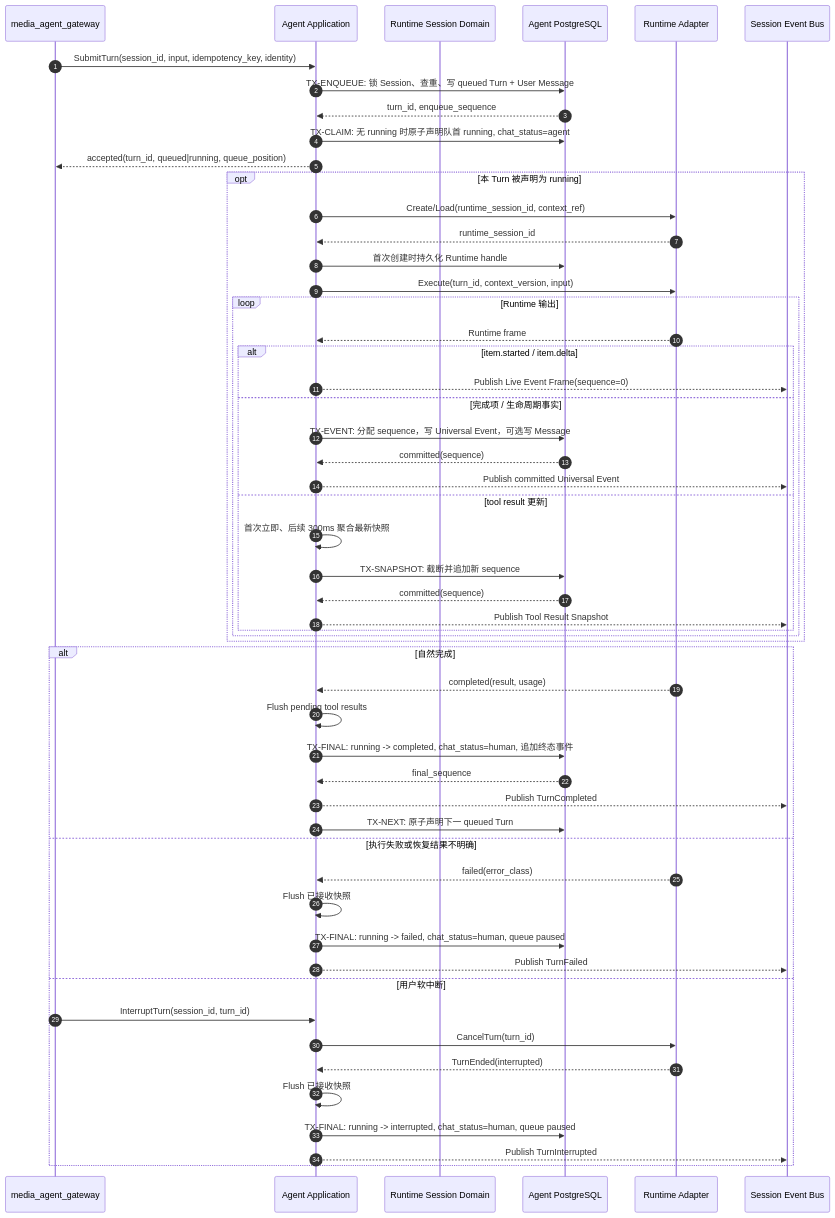
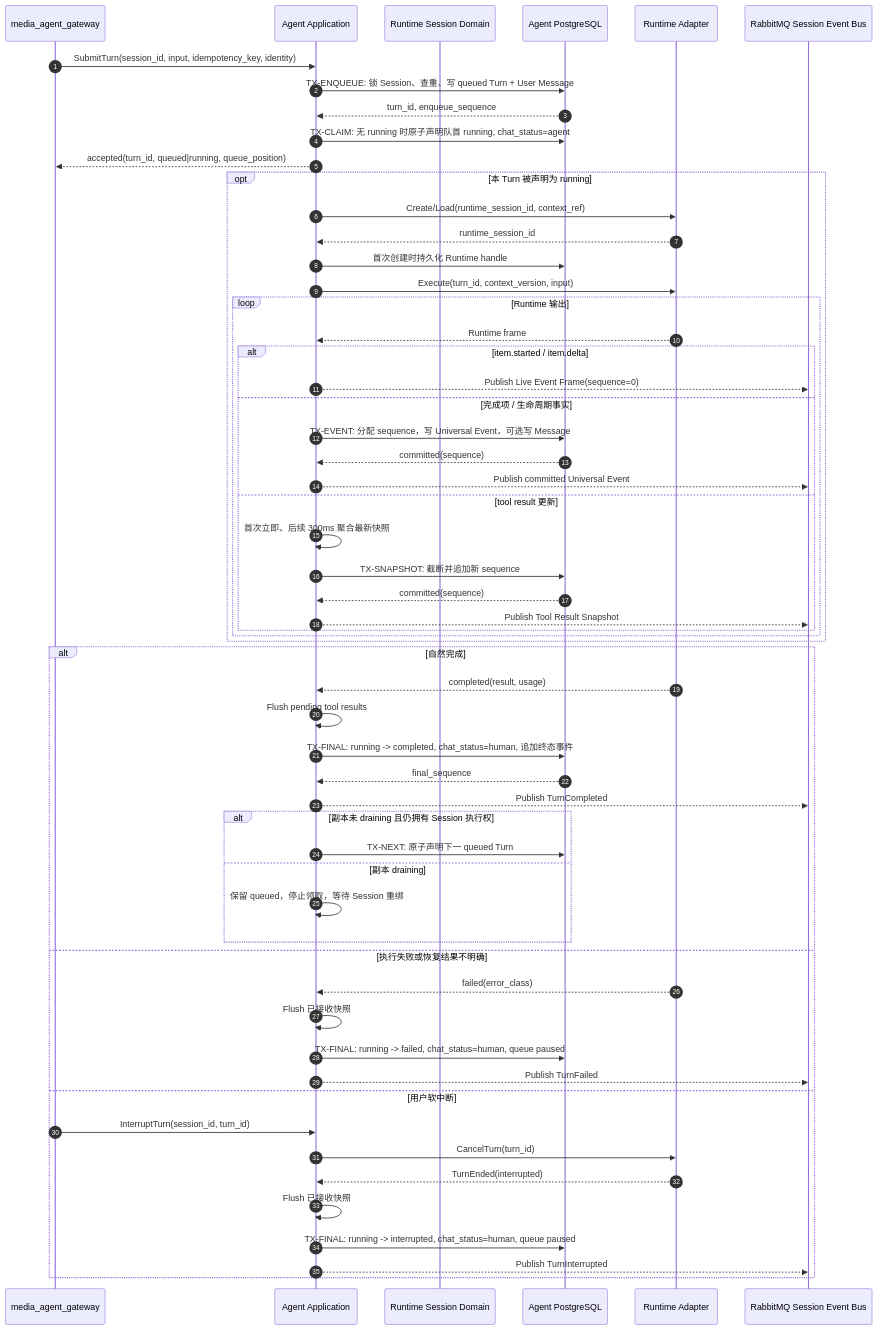
One commit to hotttao/media_agent changed the diagram in docs/ddd/media_agents/workflow/0001-execute_turn/execute_turn.md. Above: the diagram before and after it, drawn with Mermaid. The commit also changed other lines of this file and 355 other files, not shown here.

Commit message:
feat(agent): implement runtime architecture through workload provisioning

````diff
--- a/docs/ddd/media_agents/workflow/0001-execute_turn/execute_turn.md
+++ b/docs/ddd/media_agents/workflow/0001-execute_turn/execute_turn.md
@@ -30,59 +30,63 @@
 ```mermaid
 sequenceDiagram
     autonumber
     participant G as media_agent_gateway
     participant A as Agent Application
     participant D as Runtime Session Domain
     participant DB as Agent PostgreSQL
     participant R as Runtime Adapter
-    participant B as Session Event Bus
+    participant B as RabbitMQ Session Event Bus
 
     G->>A: SubmitTurn(session_id, input, idempotency_key, identity)
     A->>DB: TX-ENQUEUE: 锁 Session、查重、写 queued Turn + User Message
     DB-->>A: turn_id, enqueue_sequence
     A->>DB: TX-CLAIM: 无 running 时原子声明队首 running, chat_status=agent
     A-->>G: accepted(turn_id, queued|running, queue_position)
 
     opt 本 Turn 被声明为 running
         A->>R: Create/Load(runtime_session_id, context_ref)
         R-->>A: runtime_session_id
         A->>DB: 首次创建时持久化 Runtime handle
         A->>R: Execute(turn_id, context_version, input)
         loop Runtime 输出
             R-->>A: Runtime frame
             alt item.started / item.delta
                 A-->>B: Publish Live Event Frame(sequence=0)
             else 完成项 / 生命周期事实
                 A->>DB: TX-EVENT: 分配 sequence，写 Universal Event，可选写 Message
                 DB-->>A: committed(sequence)
                 A-->>B: Publish committed Universal Event
             else tool result 更新
                 A->>A: 首次立即、后续 300ms 聚合最新快照
                 A->>DB: TX-SNAPSHOT: 截断并追加新 sequence
                 DB-->>A: committed(sequence)
                 A-->>B: Publish Tool Result Snapshot
             end
         end
     end
 
     alt 自然完成
         R-->>A: completed(result, usage)
         A->>A: Flush pending tool results
         A->>DB: TX-FINAL: running -> completed, chat_status=human, 追加终态事件
         DB-->>A: final_sequence
         A-->>B: Publish TurnCompleted
-        A->>DB: TX-NEXT: 原子声明下一 queued Turn
+        alt 副本未 draining 且仍拥有 Session 执行权
+            A->>DB: TX-NEXT: 原子声明下一 queued Turn
+        else 副本 draining
+            A->>A: 保留 queued，停止领取，等待 Session 重绑
+        end
     else 执行失败或恢复结果不明确
         R-->>A: failed(error_class)
         A->>A: Flush 已接收快照
         A->>DB: TX-FINAL: running -> failed, chat_status=human, queue paused
         A-->>B: Publish TurnFailed
     else 用户软中断
         G->>A: InterruptTurn(session_id, turn_id)
         A->>R: CancelTurn(turn_id)
         R-->>A: TurnEnded(interrupted)
         A->>A: Flush 已接收快照
         A->>DB: TX-FINAL: running -> interrupted, chat_status=human, queue paused
         A-->>B: Publish TurnInterrupted
     end
 ```
````
